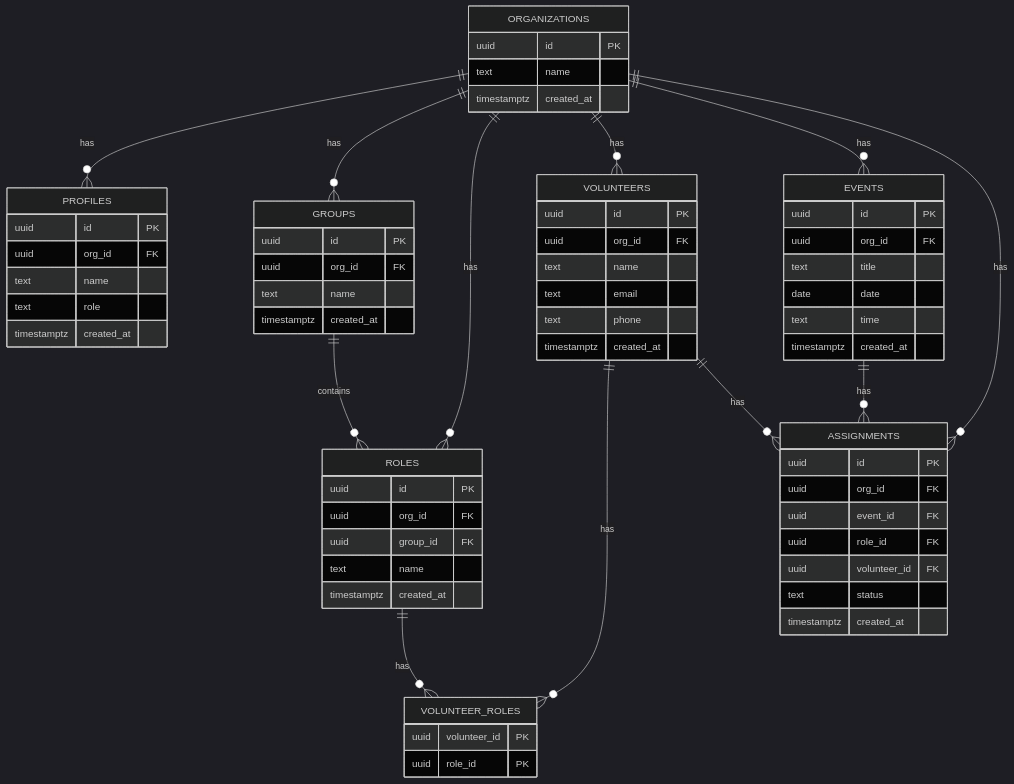
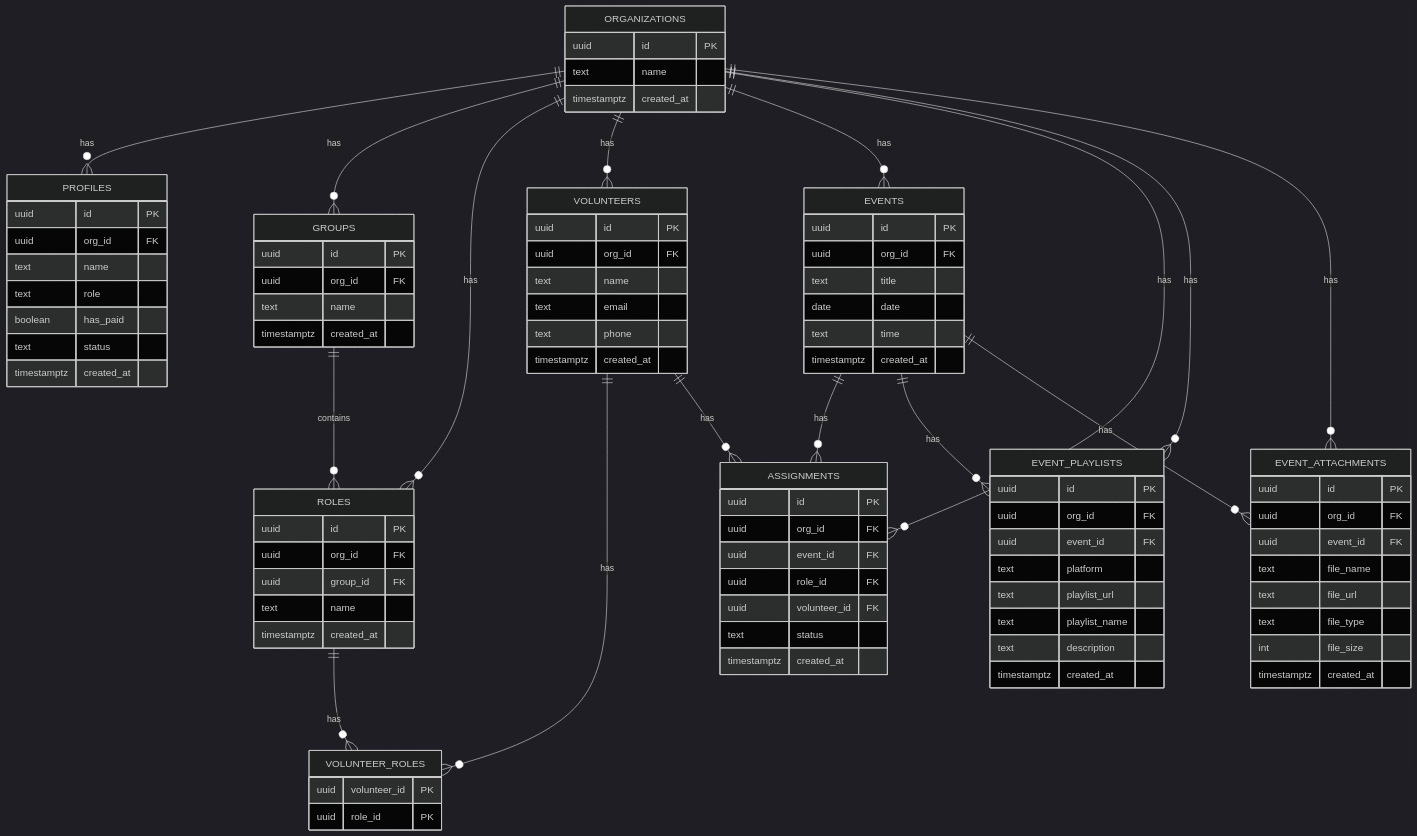
Diagram 12 of 12 in .qoder/repowiki/en/content/State Management System/Store Provider Architecture.md (netdaniel/serveflow), drawn with Mermaid (dark theme) before and after one commit. The commit also changed other lines of this file and 12 other files, not shown here.

````diff
--- a/.qoder/repowiki/en/content/State Management System/Store Provider Architecture.md
+++ b/.qoder/repowiki/en/content/State Management System/Store Provider Architecture.md
@@ -405,6 +590,8 @@
 uuid org_id FK
 text name
 text role
+boolean has_paid
+text status
 timestamptz created_at
 }
 GROUPS {
@@ -449,15 +636,39 @@
 text status
 timestamptz created_at
 }
+EVENT_PLAYLISTS {
+uuid id PK
+uuid org_id FK
+uuid event_id FK
+text platform
+text playlist_url
+text playlist_name
+text description
+timestamptz created_at
+}
+EVENT_ATTACHMENTS {
+uuid id PK
+uuid org_id FK
+uuid event_id FK
+text file_name
+text file_url
+text file_type
+int file_size
+timestamptz created_at
+}
 ORGANIZATIONS ||--o{ PROFILES : "has"
 ORGANIZATIONS ||--o{ GROUPS : "has"
 ORGANIZATIONS ||--o{ ROLES : "has"
 ORGANIZATIONS ||--o{ VOLUNTEERS : "has"
 ORGANIZATIONS ||--o{ EVENTS : "has"
 ORGANIZATIONS ||--o{ ASSIGNMENTS : "has"
+ORGANIZATIONS ||--o{ EVENT_PLAYLISTS : "has"
+ORGANIZATIONS ||--o{ EVENT_ATTACHMENTS : "has"
 GROUPS ||--o{ ROLES : "contains"
 VOLUNTEERS ||--o{ VOLUNTEER_ROLES : "has"
 ROLES ||--o{ VOLUNTEER_ROLES : "has"
 EVENTS ||--o{ ASSIGNMENTS : "has"
 VOLUNTEERS ||--o{ ASSIGNMENTS : "has"
+EVENTS ||--o{ EVENT_PLAYLISTS : "has"
+EVENTS ||--o{ EVENT_ATTACHMENTS : "has"
 ```
````
